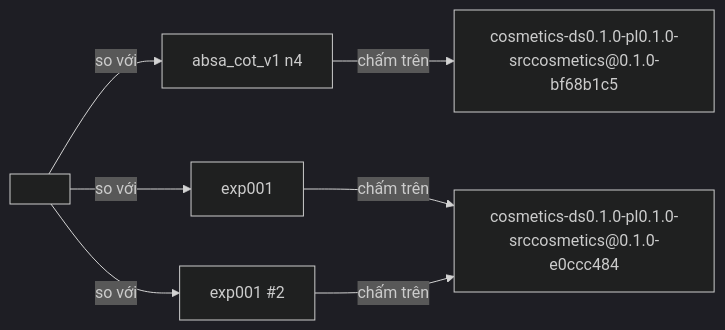
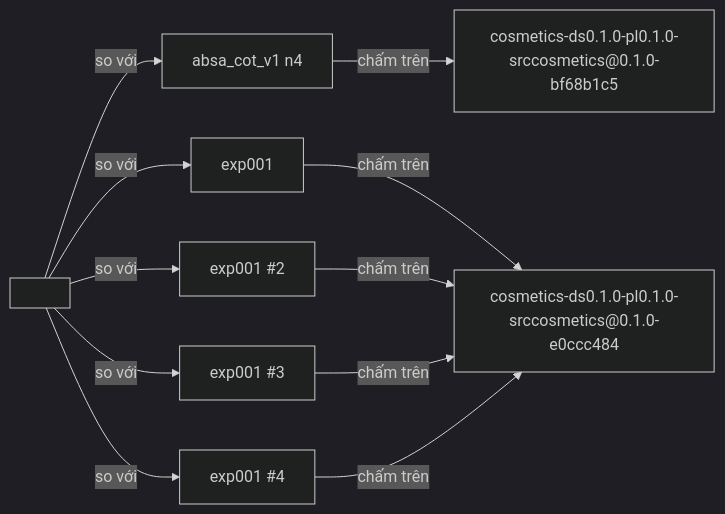
Before and after one commit to TrieuKhac-dev/SentimentX: the diagram in data/reports/metrics_matrix/metrics_matrix.md, drawn with Mermaid (dark theme). The commit also changed 21 other files, not shown here.

````diff
--- a/data/reports/metrics_matrix/metrics_matrix.md
+++ b/data/reports/metrics_matrix/metrics_matrix.md
@@ -3,15 +3,21 @@
 ```mermaid
 graph LR
   n1["<công bố>"]
   n2["absa_cot_v1 n4"]
   n3["exp001"]
   n4["exp001 #2"]
-  n5["cosmetics-ds0.1.0-pl0.1.0-srccosmetics@0.1.0-bf68b1c5"]
-  n6["cosmetics-ds0.1.0-pl0.1.0-srccosmetics@0.1.0-e0ccc484"]
+  n5["exp001 #3"]
+  n6["exp001 #4"]
+  n7["cosmetics-ds0.1.0-pl0.1.0-srccosmetics@0.1.0-bf68b1c5"]
+  n8["cosmetics-ds0.1.0-pl0.1.0-srccosmetics@0.1.0-e0ccc484"]
   n1 -->|so với| n2
   n1 -->|so với| n3
   n1 -->|so với| n4
-  n2 -->|chấm trên| n5
-  n3 -->|chấm trên| n6
-  n4 -->|chấm trên| n6
+  n1 -->|so với| n5
+  n1 -->|so với| n6
+  n2 -->|chấm trên| n7
+  n3 -->|chấm trên| n8
+  n4 -->|chấm trên| n8
+  n5 -->|chấm trên| n8
+  n6 -->|chấm trên| n8
 ```
````
